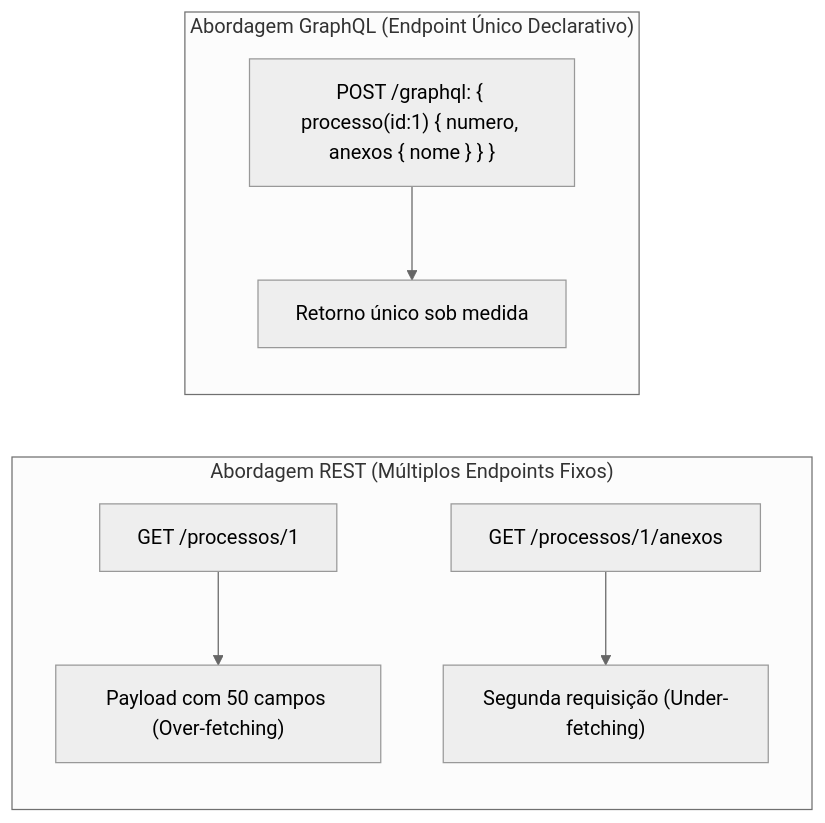
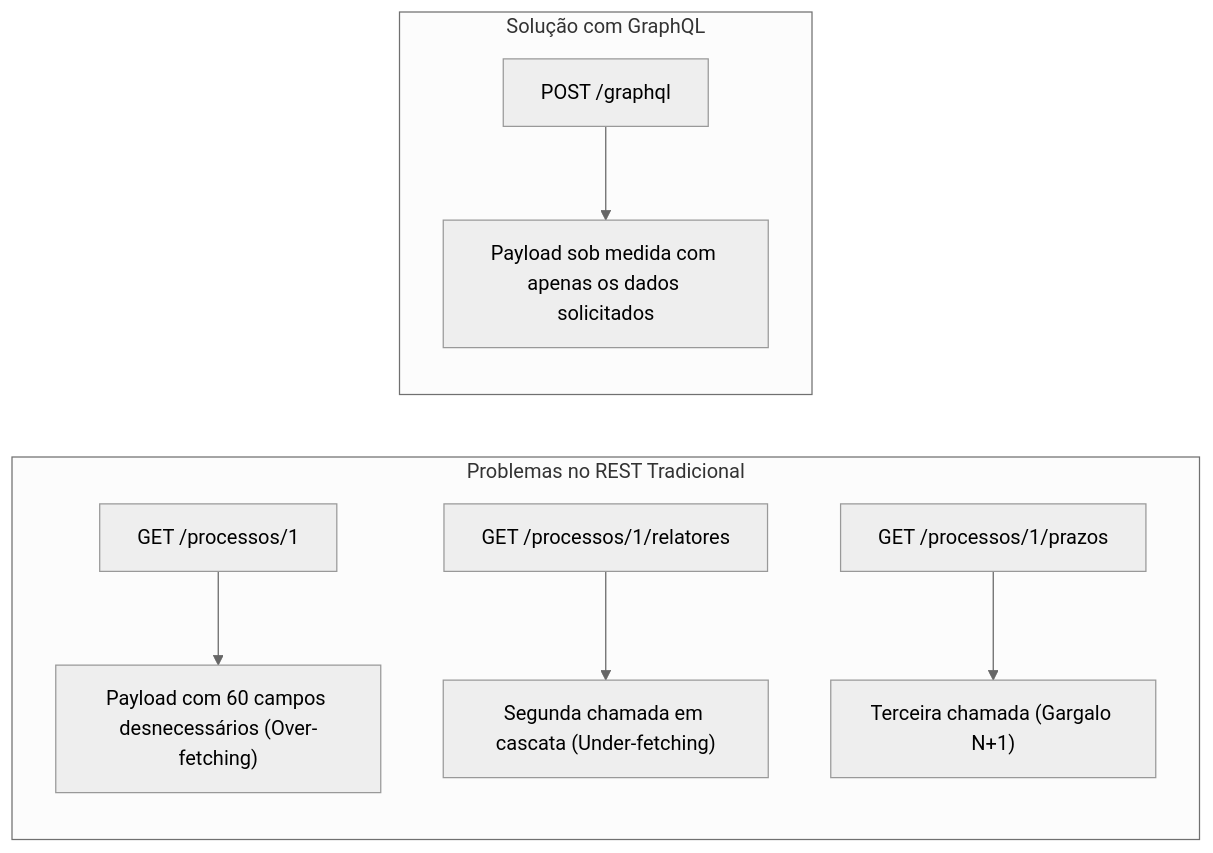
The third of 4 diagrams in fontes_de_estudo/conhecimentos_especificos_b02_ti/05_desenvolvimento_de_sistemas/04_apis_restful_graphql_websockets_documentacao.md (thiagosantos346/TCE-GO-2027), drawn with Mermaid (neutral theme) before and after one commit. The commit also changed other lines of this file and 119 other files, not shown here.

````diff
--- a/fontes_de_estudo/conhecimentos_especificos_b02_ti/05_desenvolvimento_de_sistemas/04_apis_restful_graphql_websockets_documentacao.md
+++ b/fontes_de_estudo/conhecimentos_especificos_b02_ti/05_desenvolvimento_de_sistemas/04_apis_restful_graphql_websockets_documentacao.md
@@ -164,10 +161,11 @@
 ```mermaid
 flowchart LR
-    subgraph REST["Abordagem REST (Múltiplos Endpoints Fixos)"]
-        R1["GET /processos/1"] --> T1["Payload com 50 campos (Over-fetching)"]
-        R2["GET /processos/1/anexos"] --> T2["Segunda requisição (Under-fetching)"]
+    subgraph REST_Problem["Problemas no REST Tradicional"]
+        R1["GET /processos/1"] --> T1["Payload com 60 campos desnecessários (Over-fetching)"]
+        R2["GET /processos/1/relatores"] --> T2["Segunda chamada em cascata (Under-fetching)"]
+        R3["GET /processos/1/prazos"] --> T3["Terceira chamada (Gargalo N+1)"]
     end
-    subgraph GQL["Abordagem GraphQL (Endpoint Único Declarativo)"]
-        G1["POST /graphql: { processo(id:1) { numero, anexos { nome } } }"] --> Res["Retorno único sob medida"]
+    subgraph GraphQL_Sol["Solução com GraphQL"]
+        G1["POST /graphql"] --> Res["Payload sob medida com apenas os dados solicitados"]
     end
 ```
````
